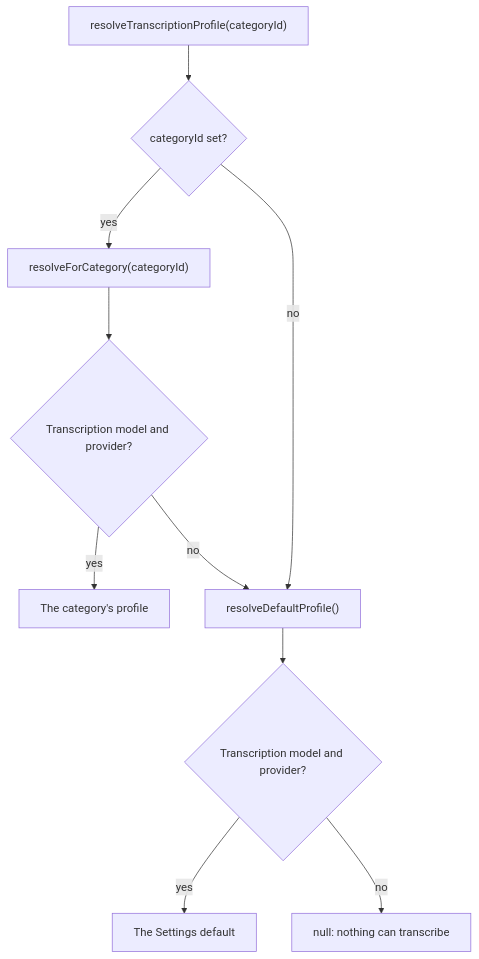
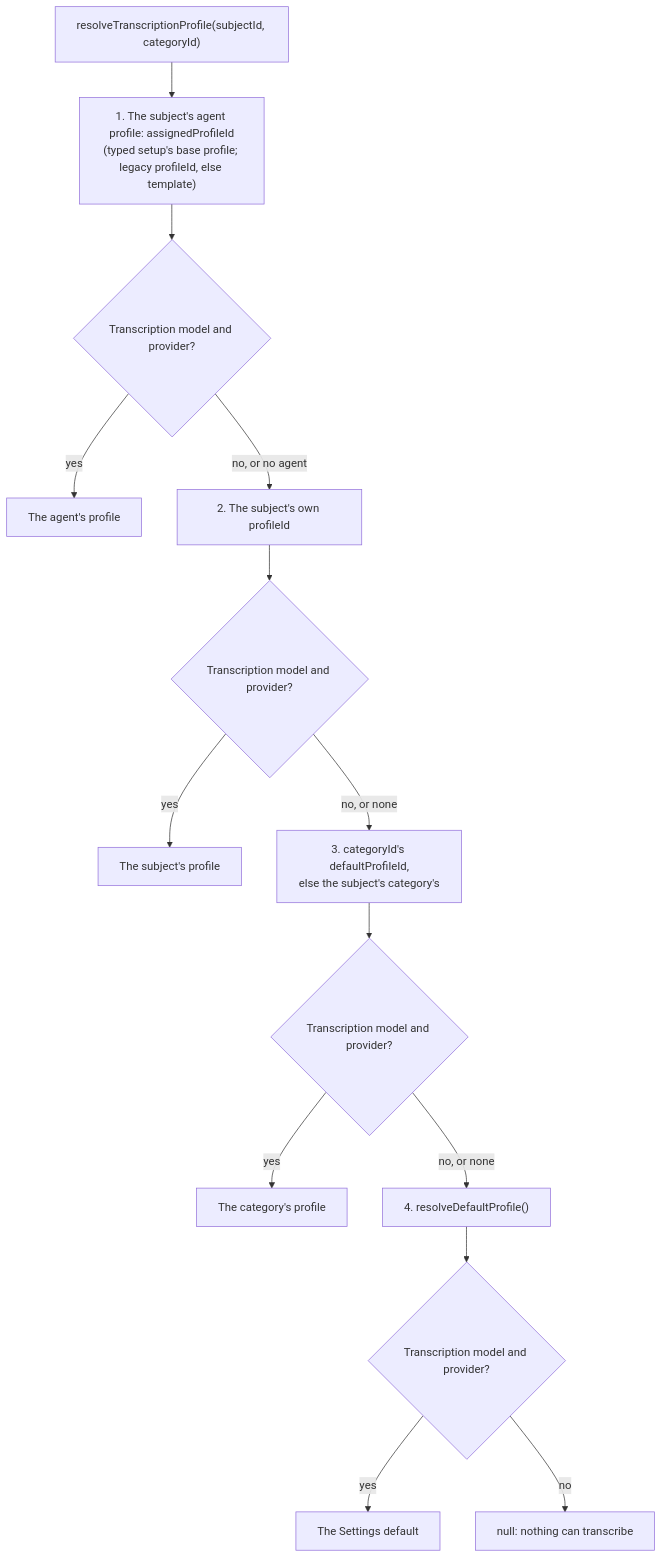
Before and after one commit to matthiasn/lotti: the second of 2 diagrams in knowledge/features/ai/profile-resolution.md, drawn with Mermaid. The commit also changed other lines of this file and 19 other files, not shown here.

Commit message:
fix(speech): goal and People recordings transcribe on their agent's profile first (#4975)

````diff
--- a/knowledge/features/ai/profile-resolution.md
+++ b/knowledge/features/ai/profile-resolution.md
@@ -248,12 +259,16 @@
 ```mermaid
 flowchart TD
-  Start["resolveTranscriptionProfile(categoryId)"] --> HasCat{"categoryId set?"}
-  HasCat -->|yes| Cat["resolveForCategory(categoryId)"]
+  Start["resolveTranscriptionProfile(subjectId, categoryId)"] --> Agent["1. The subject's agent profile: assignedProfileId<br/>(typed setup's base profile; legacy profileId, else template)"]
+  Agent --> AgentSlot{"Transcription model and provider?"}
+  AgentSlot -->|yes| UseAgent["The agent's profile"]
+  AgentSlot -->|"no, or no agent"| Own["2. The subject's own profileId"]
+  Own --> OwnSlot{"Transcription model and provider?"}
+  OwnSlot -->|yes| UseOwn["The subject's profile"]
+  OwnSlot -->|"no, or none"| Cat["3. categoryId's defaultProfileId,<br/>else the subject's category's"]
   Cat --> CatSlot{"Transcription model and provider?"}
   CatSlot -->|yes| UseCat["The category's profile"]
-  CatSlot -->|no| Def
-  HasCat -->|no| Def["resolveDefaultProfile()"]
+  CatSlot -->|"no, or none"| Def["4. resolveDefaultProfile()"]
   Def --> DefSlot{"Transcription model and provider?"}
   DefSlot -->|yes| UseDef["The Settings default"]
   DefSlot -->|no| None["null: nothing can transcribe"]
 ```
````
